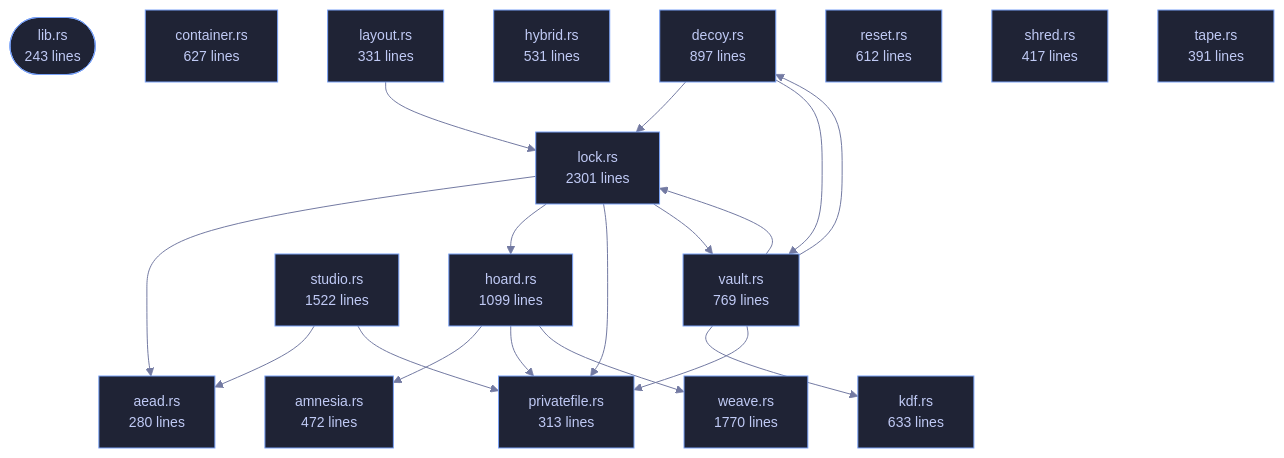
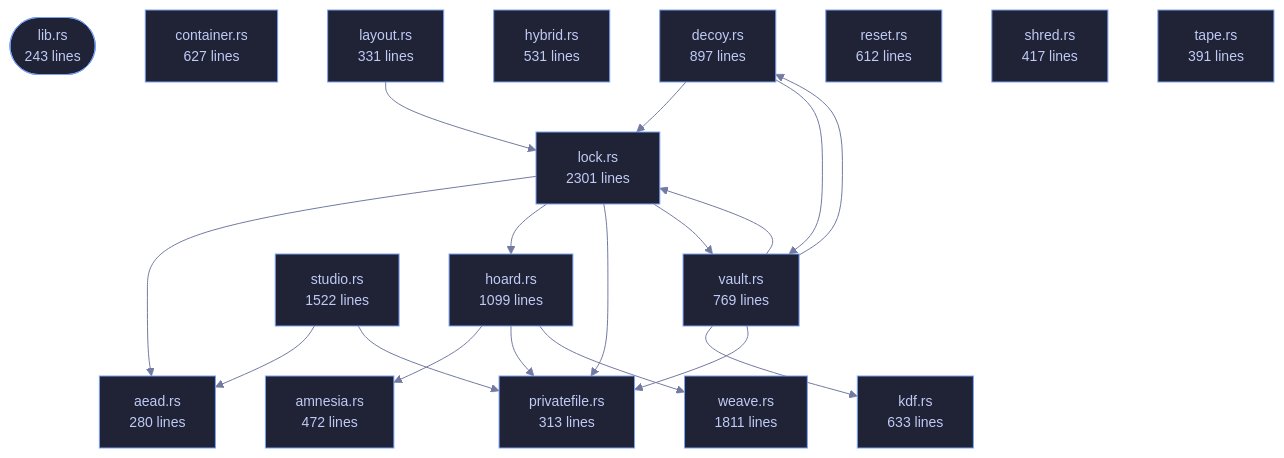
The diagram in crates/veilvoice-crypto/README.md (tilas01/veilvoice), drawn with Mermaid before and after one commit. The commit also changed other lines of this file and 22 other files, not shown here.

````diff
--- a/crates/veilvoice-crypto/README.md
+++ b/crates/veilvoice-crypto/README.md
@@ -108,54 +108,54 @@
 ```mermaid
 %%{init: {"theme":"base","themeVariables":{"background":"#1a1b26","primaryColor":"#1f2335","primaryTextColor":"#c0caf5","primaryBorderColor":"#7aa2f7","secondaryColor":"#16161e","tertiaryColor":"#16161e","lineColor":"#737aa2","textColor":"#c0caf5","mainBkg":"#1f2335","nodeBorder":"#7aa2f7","clusterBkg":"#16161e","clusterBorder":"#2f3549","fontFamily":"ui-monospace, SFMono-Regular, Consolas, monospace","fontSize":"14px"}}}%%
 flowchart TD
     n_lib(["lib.rs<br/>243 lines"])
     n_aead["aead.rs<br/>280 lines"]
     n_amnesia["amnesia.rs<br/>472 lines"]
     n_container["container.rs<br/>627 lines"]
     n_decoy["decoy.rs<br/>897 lines"]
     n_hoard["hoard.rs<br/>1099 lines"]
     n_hybrid["hybrid.rs<br/>531 lines"]
     n_kdf["kdf.rs<br/>633 lines"]
     n_layout["layout.rs<br/>331 lines"]
     n_lock["lock.rs<br/>2301 lines"]
     n_privatefile["privatefile.rs<br/>313 lines"]
     n_reset["reset.rs<br/>612 lines"]
     n_shred["shred.rs<br/>417 lines"]
     n_studio["studio.rs<br/>1522 lines"]
     n_tape["tape.rs<br/>391 lines"]
     n_vault["vault.rs<br/>769 lines"]
-    n_weave["weave.rs<br/>1770 lines"]
+    n_weave["weave.rs<br/>1811 lines"]
     n_decoy --> n_lock
     n_decoy --> n_vault
     n_hoard --> n_amnesia
     n_hoard --> n_privatefile
     n_hoard --> n_weave
     n_layout --> n_lock
     n_lock --> n_aead
     n_lock --> n_hoard
     n_lock --> n_privatefile
     n_lock --> n_vault
     n_studio --> n_aead
     n_studio --> n_privatefile
     n_vault --> n_decoy
     n_vault --> n_kdf
     n_vault --> n_lock
     n_vault --> n_privatefile
     click n_lib href "https://github.com/tilas01/veilvoice/blob/main/crates/veilvoice-crypto/src/lib.rs" "open the source"
     click n_aead href "https://github.com/tilas01/veilvoice/blob/main/crates/veilvoice-crypto/src/aead.rs" "open the source"
     click n_amnesia href "https://github.com/tilas01/veilvoice/blob/main/crates/veilvoice-crypto/src/amnesia.rs" "open the source"
     click n_container href "https://github.com/tilas01/veilvoice/blob/main/crates/veilvoice-crypto/src/container.rs" "open the source"
     click n_decoy href "https://github.com/tilas01/veilvoice/blob/main/crates/veilvoice-crypto/src/decoy.rs" "open the source"
     click n_hoard href "https://github.com/tilas01/veilvoice/blob/main/crates/veilvoice-crypto/src/hoard.rs" "open the source"
     click n_hybrid href "https://github.com/tilas01/veilvoice/blob/main/crates/veilvoice-crypto/src/hybrid.rs" "open the source"
     click n_kdf href "https://github.com/tilas01/veilvoice/blob/main/crates/veilvoice-crypto/src/kdf.rs" "open the source"
     click n_layout href "https://github.com/tilas01/veilvoice/blob/main/crates/veilvoice-crypto/src/layout.rs" "open the source"
     click n_lock href "https://github.com/tilas01/veilvoice/blob/main/crates/veilvoice-crypto/src/lock.rs" "open the source"
     click n_privatefile href "https://github.com/tilas01/veilvoice/blob/main/crates/veilvoice-crypto/src/privatefile.rs" "open the source"
     click n_reset href "https://github.com/tilas01/veilvoice/blob/main/crates/veilvoice-crypto/src/reset.rs" "open the source"
     click n_shred href "https://github.com/tilas01/veilvoice/blob/main/crates/veilvoice-crypto/src/shred.rs" "open the source"
     click n_studio href "https://github.com/tilas01/veilvoice/blob/main/crates/veilvoice-crypto/src/studio.rs" "open the source"
     click n_tape href "https://github.com/tilas01/veilvoice/blob/main/crates/veilvoice-crypto/src/tape.rs" "open the source"
     click n_vault href "https://github.com/tilas01/veilvoice/blob/main/crates/veilvoice-crypto/src/vault.rs" "open the source"
     click n_weave href "https://github.com/tilas01/veilvoice/blob/main/crates/veilvoice-crypto/src/weave.rs" "open the source"
 ```
````
